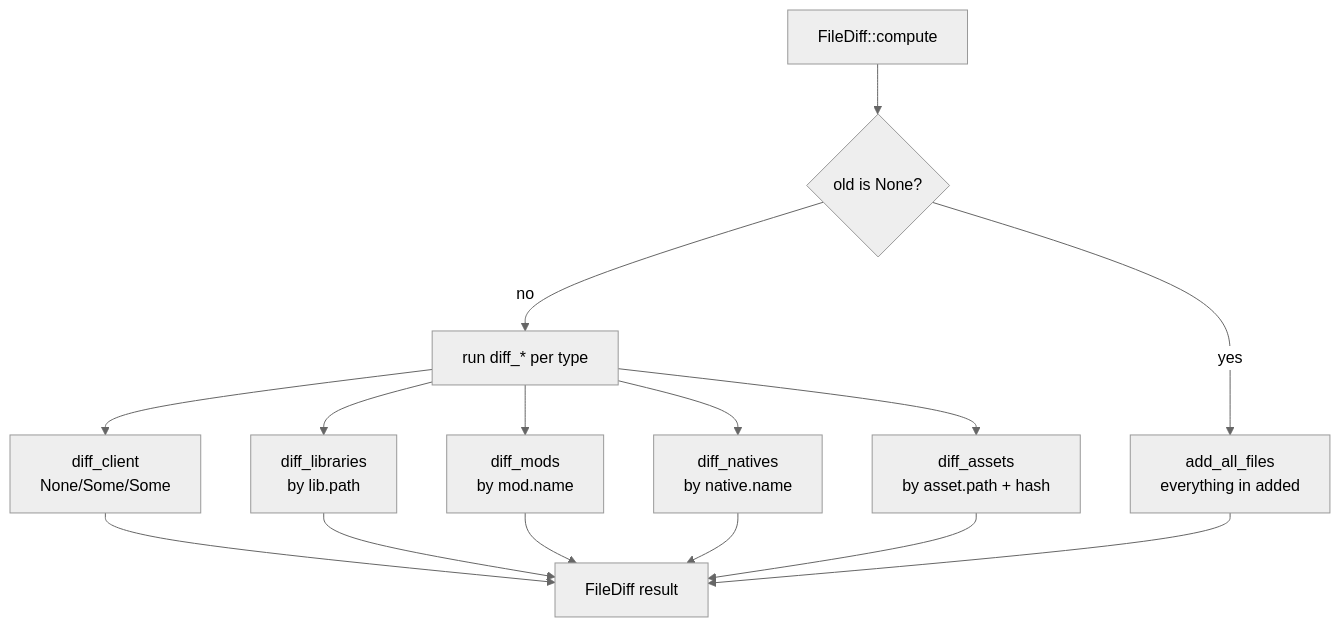
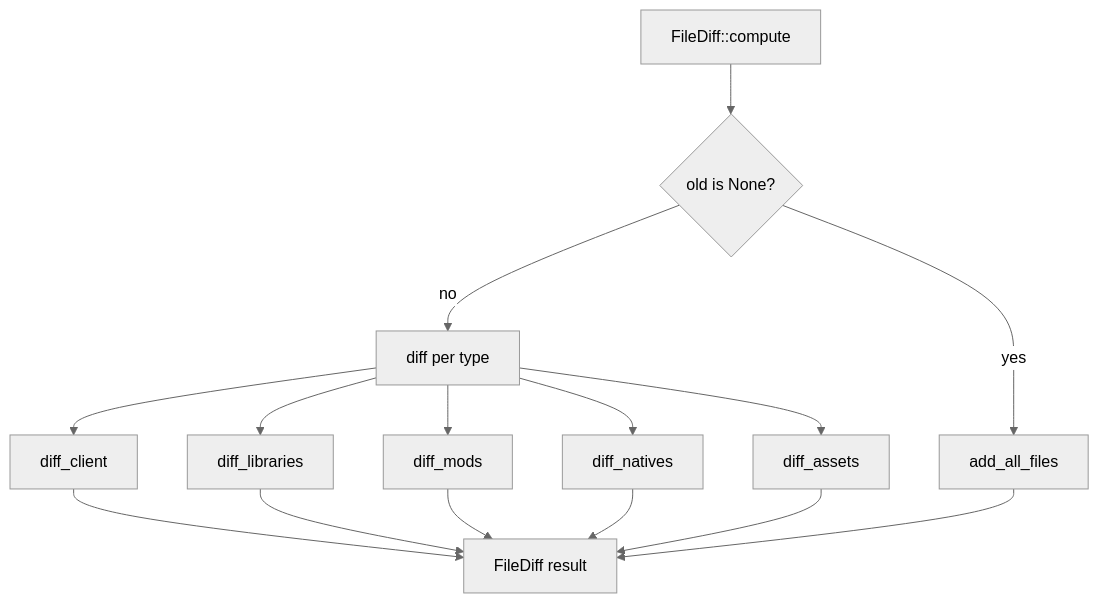
One commit to Lighty-Launcher/LightyUpdater changed the diagram in crates/file-diff/docs/overview.md. Above: the diagram before and after it, drawn with Mermaid (neutral theme). The commit also changed other lines of this file and 22 other files, not shown here.

First line of the commit message:
Simplify per-crate docs + harden mermaid for GitBook

````diff
--- a/crates/file-diff/docs/overview.md
+++ b/crates/file-diff/docs/overview.md
@@ -23,17 +18,17 @@
 ```mermaid
 flowchart TD
-    Start[FileDiff::compute] --> Old{old is None?}
-    Old -->|yes| AddAll[add_all_files<br/>everything in added]
-    Old -->|no| PerType[run diff_* per type]
-    PerType --> DiffClient[diff_client<br/>None/Some/Some]
-    PerType --> DiffLibs[diff_libraries<br/>by lib.path]
-    PerType --> DiffMods[diff_mods<br/>by mod.name]
-    PerType --> DiffNatives[diff_natives<br/>by native.name]
-    PerType --> DiffAssets[diff_assets<br/>by asset.path + hash]
-    DiffClient --> Out[FileDiff result]
-    DiffLibs --> Out
-    DiffMods --> Out
-    DiffNatives --> Out
-    DiffAssets --> Out
+    Compute["FileDiff::compute"] --> Old{old is None?}
+    Old -->|yes| AddAll[add_all_files]
+    Old -->|no| Walk[diff per type]
+    Walk --> Client[diff_client]
+    Walk --> Libs[diff_libraries]
+    Walk --> Mods[diff_mods]
+    Walk --> Natives[diff_natives]
+    Walk --> Assets[diff_assets]
+    Client --> Out[FileDiff result]
+    Libs --> Out
+    Mods --> Out
+    Natives --> Out
+    Assets --> Out
     AddAll --> Out
 ```
````
